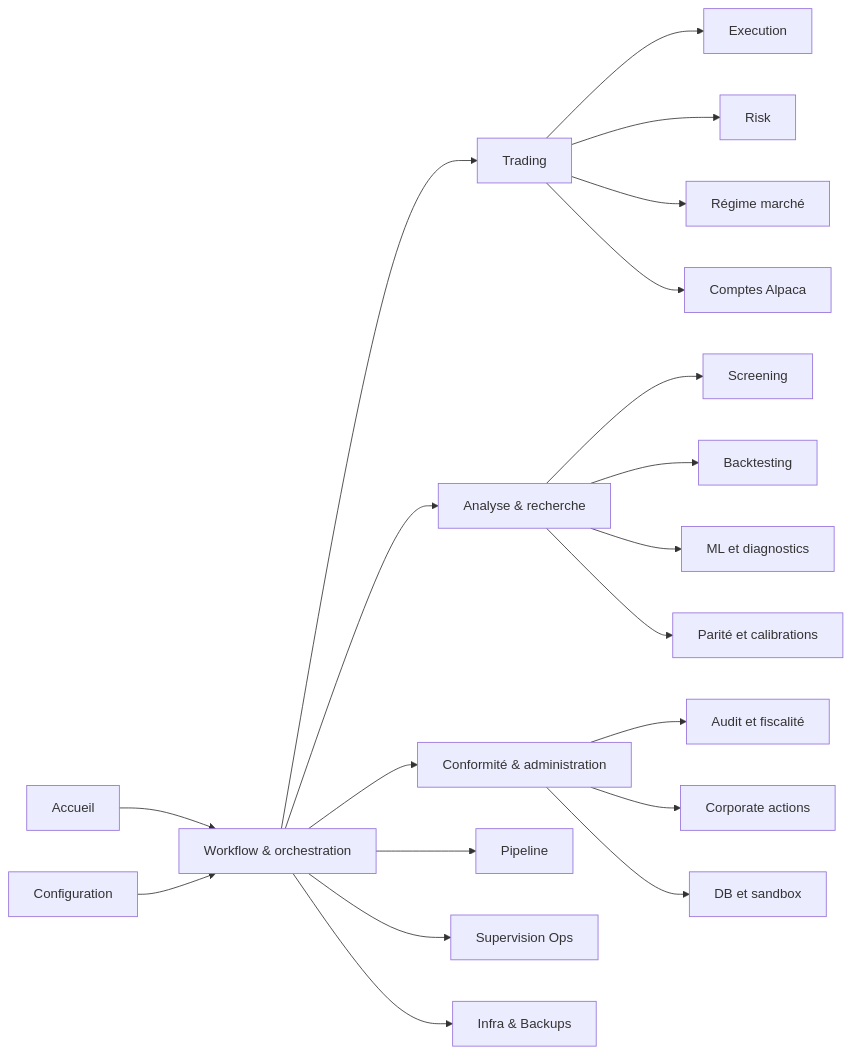
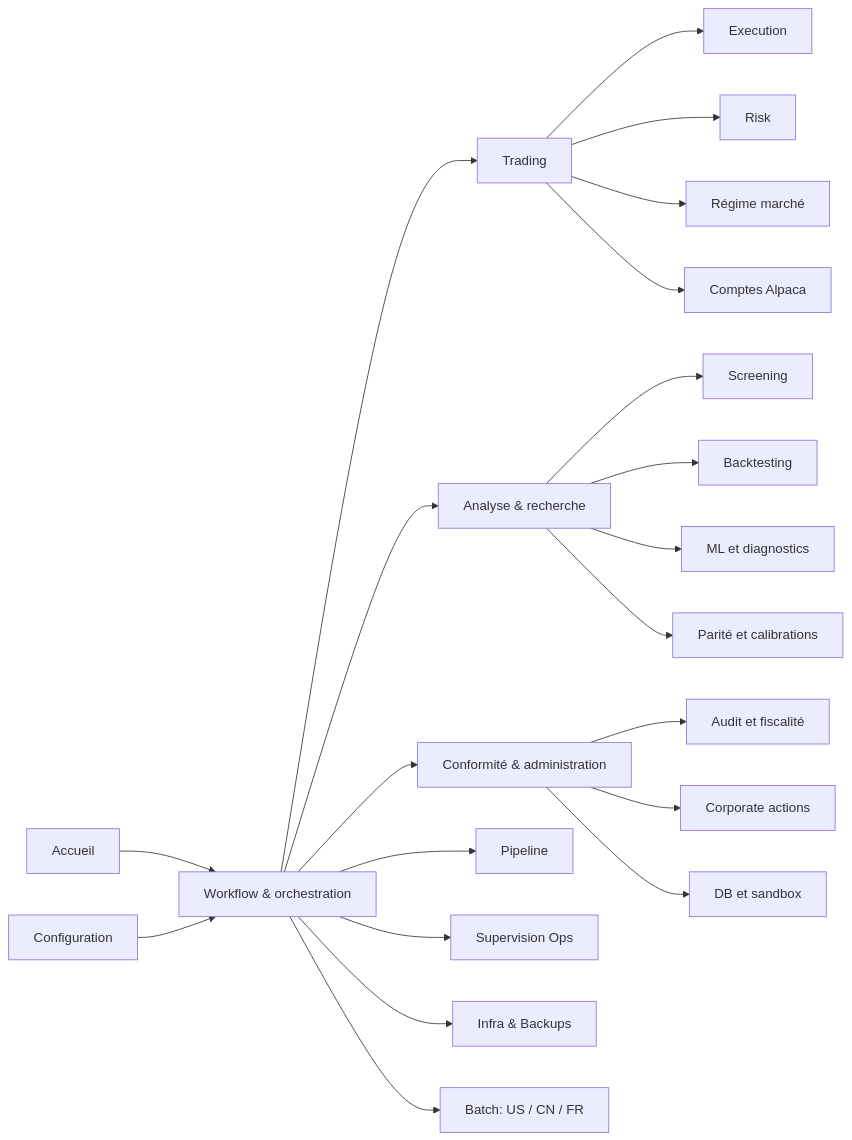
Before and after one commit to mli2000fr/alpha_trade: the diagram in doc/guide_utilisateur/README.md, drawn with Mermaid. The commit also changed other lines of this file and 49 other files, not shown here.

````diff
--- a/doc/guide_utilisateur/README.md
+++ b/doc/guide_utilisateur/README.md
@@ -22,23 +27,24 @@
 ```mermaid
 flowchart LR
   A[Accueil] --> B[Workflow & orchestration]
   B --> C[Trading]
   B --> D[Analyse & recherche]
   E[Configuration] --> B
   B --> F[Conformité & administration]
 
   B --> B1[Pipeline]
   B --> B2[Supervision Ops]
   B --> B3[Infra & Backups]
+  B --> B4[Batch: US / CN / FR]
   C --> C1[Execution]
   C --> C2[Risk]
   C --> C3[Régime marché]
   C --> C4[Comptes Alpaca]
   D --> D1[Screening]
   D --> D2[Backtesting]
   D --> D3[ML et diagnostics]
   D --> D4[Parité et calibrations]
   F --> F1[Audit et fiscalité]
   F --> F2[Corporate actions]
   F --> F3[DB et sandbox]
 ```
````
